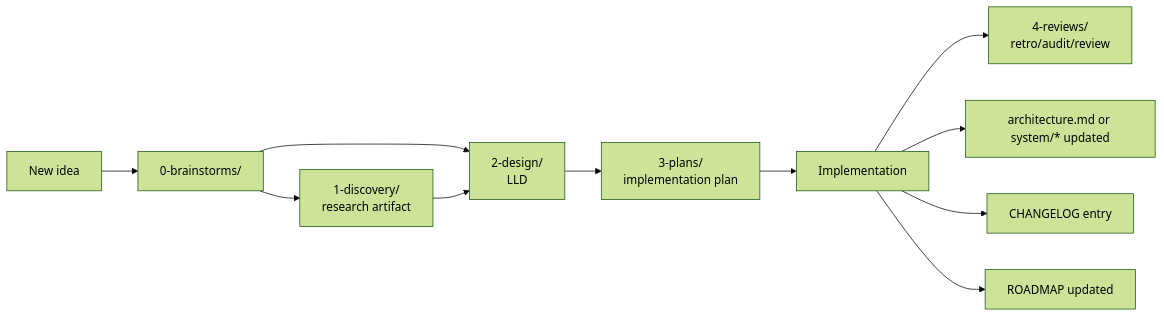
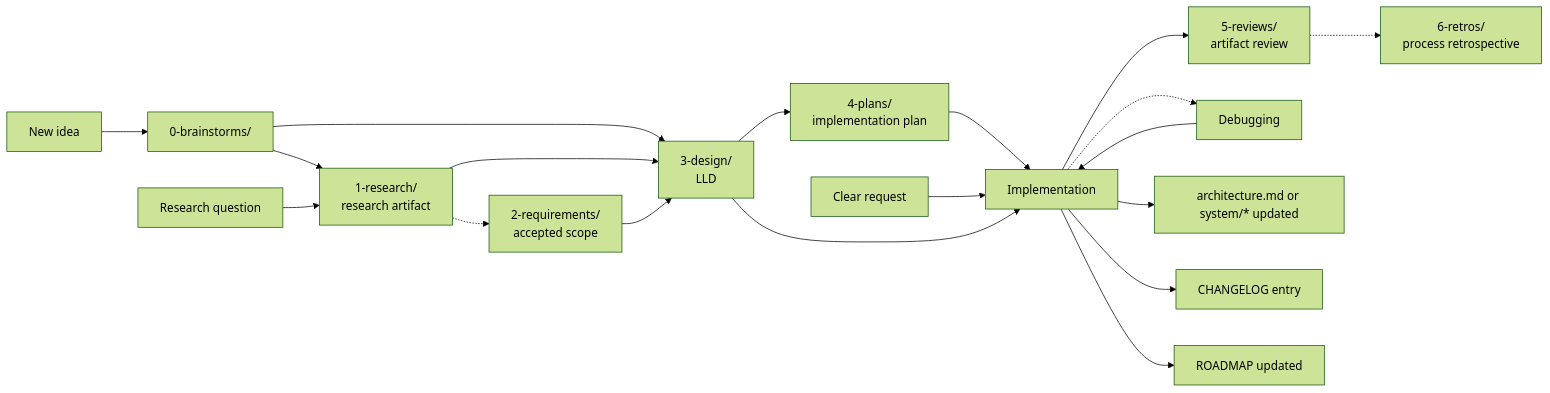
One commit to carlosboeing/agentic-toolkit changed the third of 3 diagrams in guides/guide-project-structure-and-conventions.md. Above: the diagram before and after it, drawn with Mermaid (forest theme). The commit also changed other lines of this file and 56 other files, not shown here.

````diff
--- a/guides/guide-project-structure-and-conventions.md
+++ b/guides/guide-project-structure-and-conventions.md
@@ -663,13 +692,21 @@
 ```mermaid
 graph LR
     Idea[New idea] --> Brainstorm[0-brainstorms/]
-    Brainstorm --> Discovery[1-discovery/<br/>research artifact]
-    Brainstorm --> Design[2-design/<br/>LLD]
+    Brainstorm --> Discovery[1-research/<br/>research artifact]
+    Brainstorm --> Design[3-design/<br/>LLD]
     Discovery --> Design
-    Design --> Plan[3-plans/<br/>implementation plan]
+    Design --> Plan[4-plans/<br/>implementation plan]
     Plan --> Build[Implementation]
-    Build --> Retro[4-reviews/<br/>retro/audit/review]
+    Build --> Review[5-reviews/<br/>artifact review]
+    Review -.-> Retro[6-retros/<br/>process retrospective]
+    Request[Clear request] --> Build
+    Design --> Build
+    Discovery -.-> Requirements[2-requirements/<br/>accepted scope]
+    Requirements --> Design
+    ResearchFirst[Research question] --> Discovery
+    Build -.-> Debug[Debugging]
+    Debug --> Build
     Build --> SystemUpdate[architecture.md or system/* updated]
     Build --> Changelog[CHANGELOG entry]
     Build --> Roadmap[ROADMAP updated]
 ```
````
